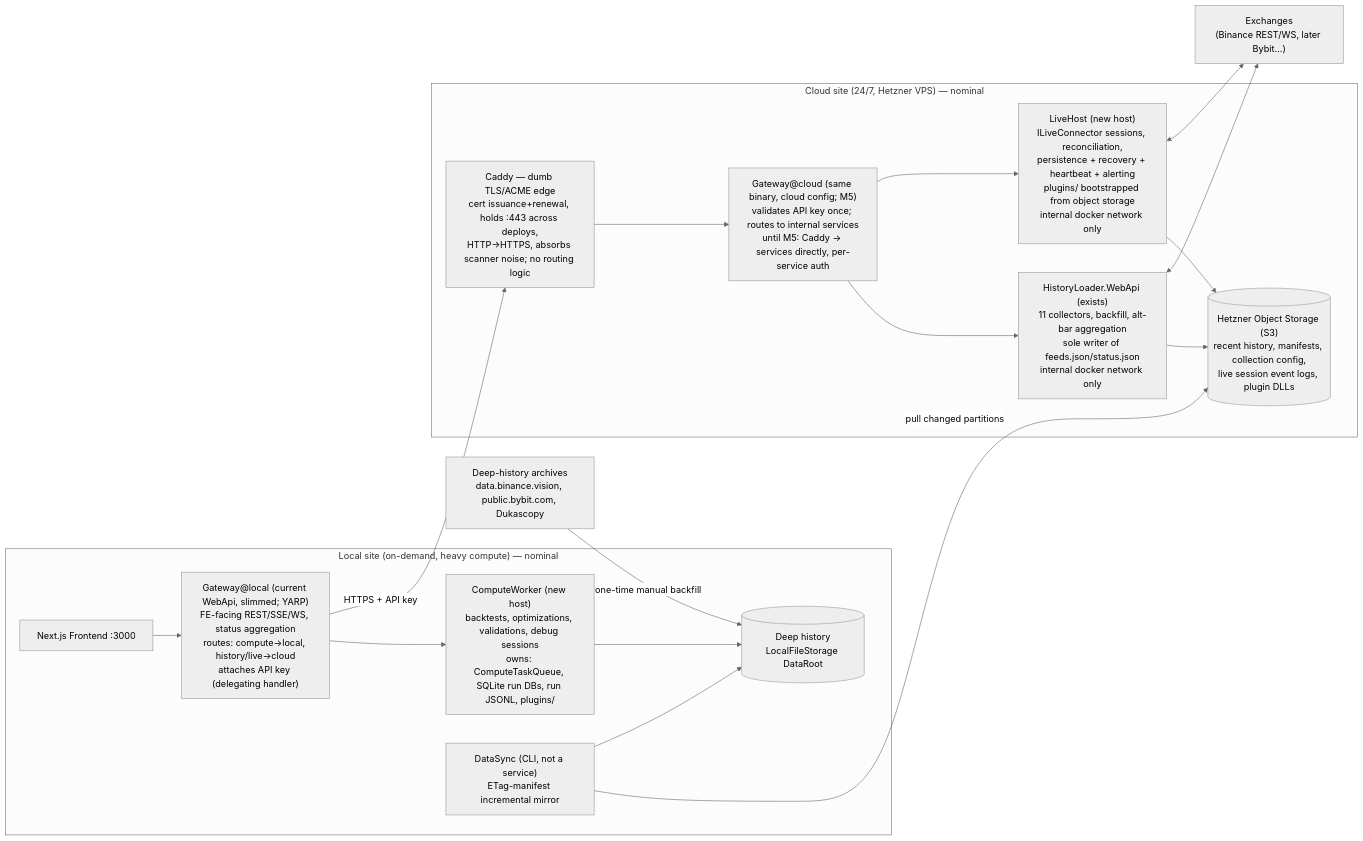
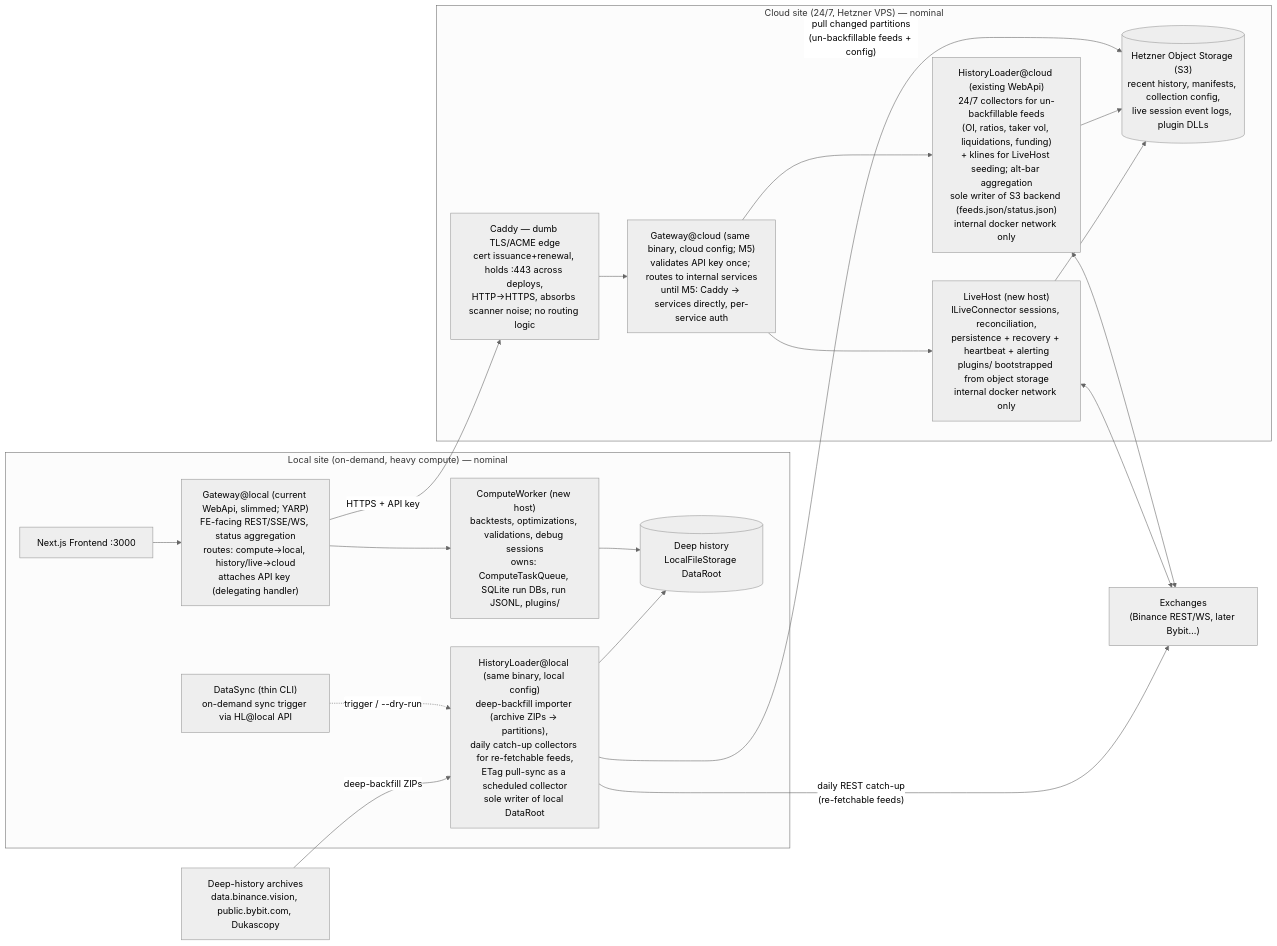
One commit to PunkBASSter/AlgoTradeForge changed the diagram in docs/service-decomposition-vision.md. Above: the diagram before and after it, drawn with Mermaid (neutral theme). The commit also changed other lines of this file, not shown here.

Commit message:
hist load both local and cloud

````diff
--- a/docs/service-decomposition-vision.md
+++ b/docs/service-decomposition-vision.md
@@ -25,36 +26,39 @@
 ```mermaid
 flowchart LR
     subgraph LOCAL["Local site (on-demand, heavy compute) — nominal"]
         FE[Next.js Frontend :3000]
         GW["Gateway@local (current WebApi, slimmed; YARP)\nFE-facing REST/SSE/WS, status aggregation\nroutes: compute→local, history/live→cloud\nattaches API key (delegating handler)"]
         CW["ComputeWorker (new host)\nbacktests, optimizations, validations, debug sessions\nowns: ComputeTaskQueue, SQLite run DBs, run JSONL, plugins/"]
         DH[("Deep history\nLocalFileStorage DataRoot")]
-        DS["DataSync (CLI, not a service)\nETag-manifest incremental mirror"]
+        HLL["HistoryLoader@local (same binary, local config)\ndeep-backfill importer (archive ZIPs → partitions),\ndaily catch-up collectors for re-fetchable feeds,\nETag pull-sync as a scheduled collector\nsole writer of local DataRoot"]
+        DS["DataSync (thin CLI)\non-demand sync trigger via HL@local API"]
     end
 
     subgraph CLOUD["Cloud site (24/7, Hetzner VPS) — nominal"]
         CADDY["Caddy — dumb TLS/ACME edge\ncert issuance+renewal, holds :443 across deploys,\nHTTP→HTTPS, absorbs scanner noise; no routing logic"]
         GWC["Gateway@cloud (same binary, cloud config; M5)\nvalidates API key once; routes to internal services\nuntil M5: Caddy → services directly, per-service auth"]
-        HL["HistoryLoader.WebApi (exists)\n11 collectors, backfill, alt-bar aggregation\nsole writer of feeds.json/status.json\ninternal docker network only"]
+        HL["HistoryLoader@cloud (existing WebApi)\n24/7 collectors for un-backfillable feeds\n(OI, ratios, taker vol, liquidations, funding)\n+ klines for LiveHost seeding; alt-bar aggregation\nsole writer of S3 backend (feeds.json/status.json)\ninternal docker network only"]
         LH["LiveHost (new host)\nILiveConnector sessions, reconciliation,\npersistence + recovery + heartbeat + alerting\nplugins/ bootstrapped from object storage\ninternal docker network only"]
         S3[("Hetzner Object Storage (S3)\nrecent history, manifests, collection config,\nlive session event logs, plugin DLLs")]
     end
 
     EX["Exchanges\n(Binance REST/WS, later Bybit…)"]
     DV["Deep-history archives\ndata.binance.vision, public.bybit.com, Dukascopy"]
 
     FE --> GW
     GW --> CW
     GW -- "HTTPS + API key" --> CADDY
     CADDY --> GWC
     GWC --> HL
     GWC --> LH
     CW --> DH
-    DS -- "pull changed partitions" --> S3
-    DS --> DH
+    DS -. "trigger / --dry-run" .-> HLL
+    HLL -- "pull changed partitions\n(un-backfillable feeds + config)" --> S3
+    HLL --> DH
+    HLL -- "daily REST catch-up\n(re-fetchable feeds)" --> EX
     HL --> S3
     LH --> S3
     HL <--> EX
     LH <--> EX
-    DV -- "one-time manual backfill" --> DH
+    DV -- "deep-backfill ZIPs" --> HLL
 ```
````
